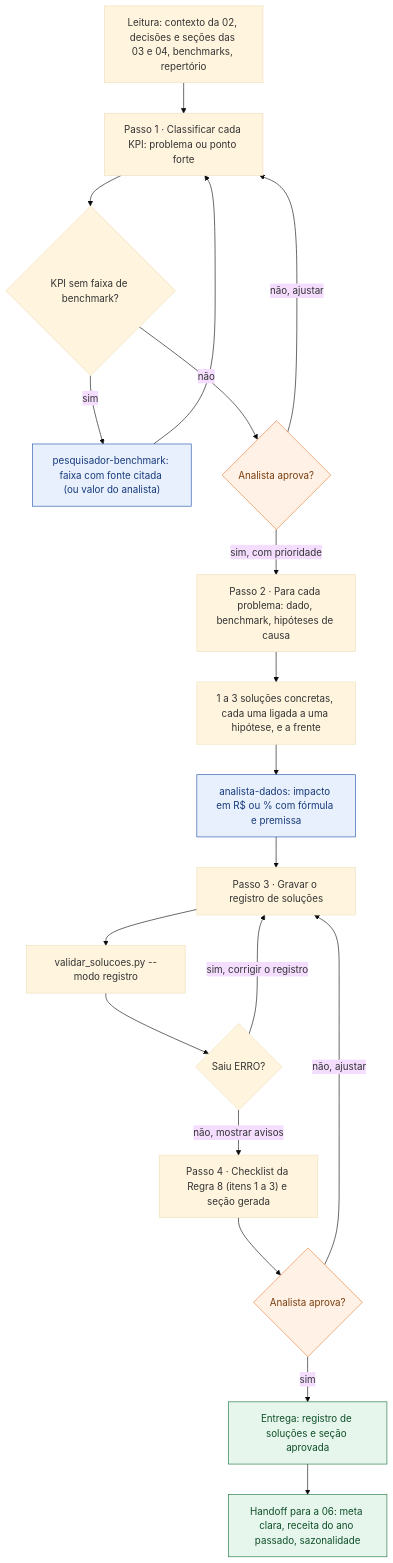
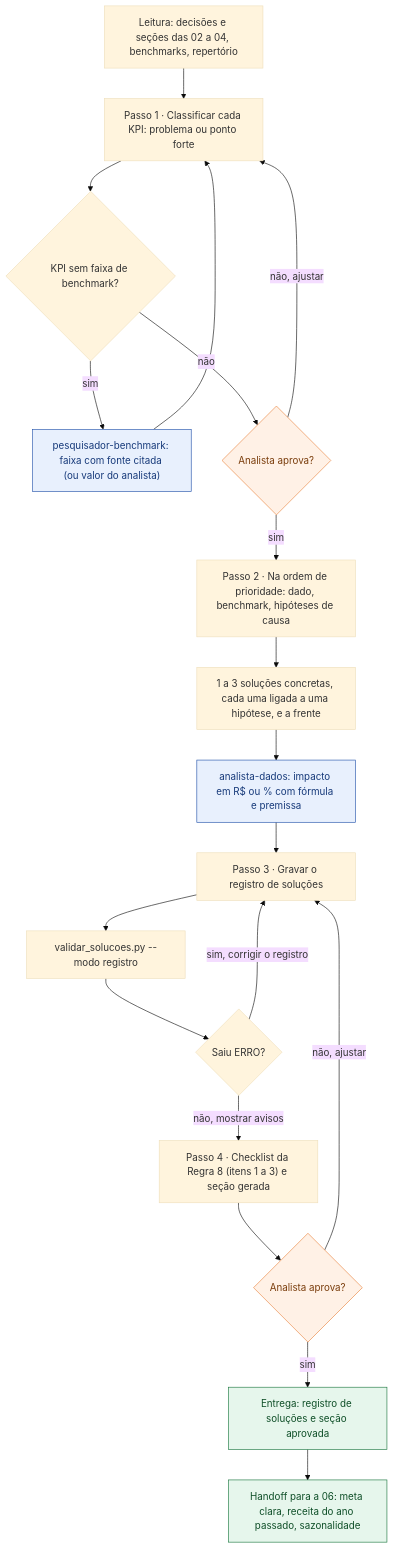
One commit to MatheusBoomer/growth-cycle-boomer changed the diagram in .claude/skills/05-solucoes/fluxo.mmd. Above: the diagram before and after it, drawn with Mermaid (base theme). The commit also changed 9 other files, not shown here.

```diff
--- a/.claude/skills/05-solucoes/fluxo.mmd
+++ b/.claude/skills/05-solucoes/fluxo.mmd
@@ -1,42 +1,42 @@
 flowchart TD
-  I1["Leitura: contexto da 02, decisões e seções das 03 e 04, benchmarks, repertório"]
+  I1["Leitura: decisões e seções das 02 a 04, benchmarks, repertório"]
   P1["Passo 1 · Classificar cada KPI: problema ou ponto forte"]
   D1{"KPI sem faixa de benchmark?"}
   S1["pesquisador-benchmark: faixa com fonte citada (ou valor do analista)"]
   C1{"Analista aprova?"}
-  P2["Passo 2 · Para cada problema: dado, benchmark, hipóteses de causa"]
+  P2["Passo 2 · Na ordem de prioridade: dado, benchmark, hipóteses de causa"]
   P3["1 a 3 soluções concretas, cada uma ligada a uma hipótese, e a frente"]
   S2["analista-dados: impacto em R$ ou % com fórmula e premissa"]
   P4["Passo 3 · Gravar o registro de soluções"]
   V1["validar_solucoes.py --modo registro"]
   D2{"Saiu ERRO?"}
   P5["Passo 4 · Checklist da Regra 8 (itens 1 a 3) e seção gerada"]
   C2{"Analista aprova?"}
   E1["Entrega: registro de soluções e seção aprovada"]
   H1["Handoff para a 06: meta clara, receita do ano passado, sazonalidade"]
 
   I1 --> P1
   P1 --> D1
   D1 -->|"sim"| S1
   S1 --> P1
   D1 -->|"não"| C1
-  C1 -->|"sim, com prioridade"| P2
+  C1 -->|"sim"| P2
   C1 -->|"não, ajustar"| P1
   P2 --> P3
   P3 --> S2
   S2 --> P4
   P4 --> V1
   V1 --> D2
   D2 -->|"sim, corrigir o registro"| P4
   D2 -->|"não, mostrar avisos"| P5
   P5 --> C2
   C2 -->|"sim"| E1
   C2 -->|"não, ajustar"| P4
   E1 --> H1
 
   class C1,C2 checkpoint
   class S1,S2 subagente
   class E1,H1 entrega
   classDef checkpoint fill:#fff1e6,stroke:#e8803a,color:#7a3d0c
   classDef subagente fill:#e8f0fd,stroke:#1f4fa8,color:#173a7a
   classDef entrega fill:#e6f6ec,stroke:#16743b,color:#0f4f28
```
